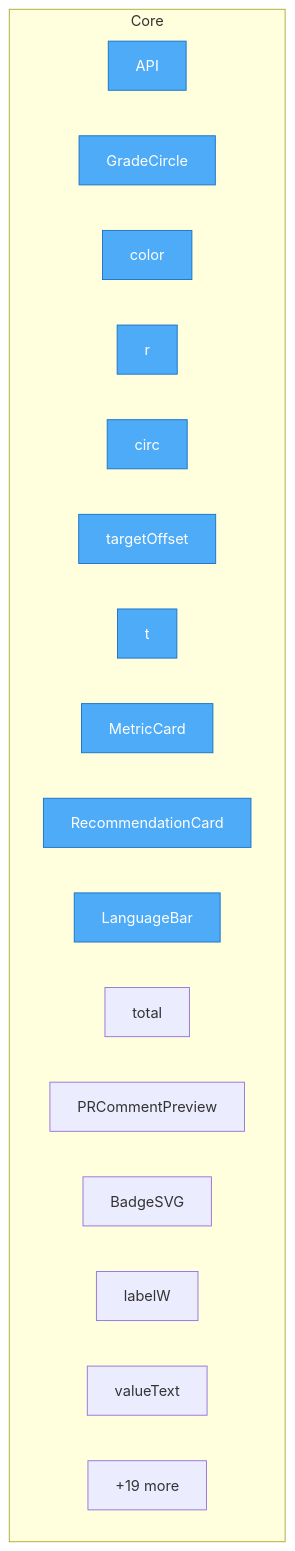
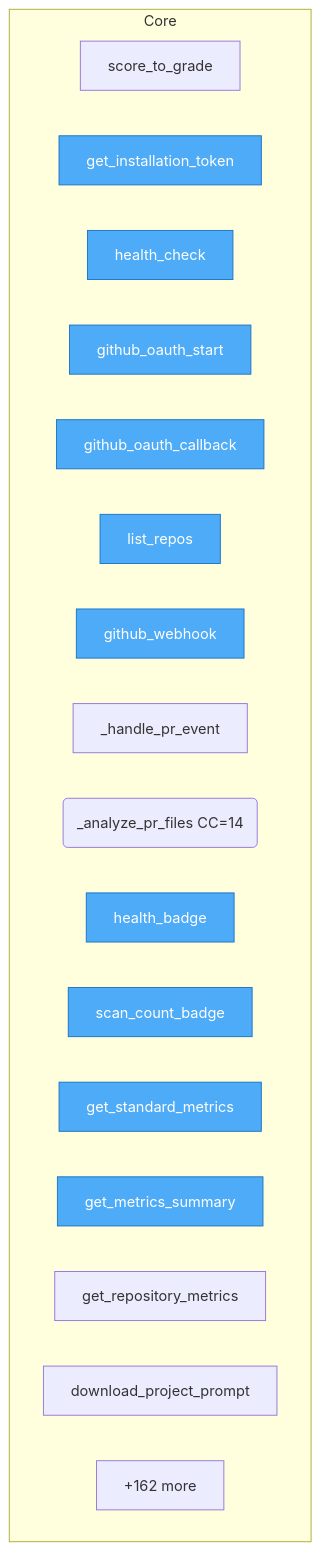
Before and after one commit to semcod/www: the diagram in project/flow.mmd, drawn with Mermaid. The commit also changed 102 other files, not shown here.

```diff
--- a/project/flow.mmd
+++ b/project/flow.mmd
@@ -1,25 +1,25 @@
 flowchart TD
 
     %% Entry points (blue)
     classDef entry fill:#4dabf7,stroke:#1971c2,color:#fff
 
     subgraph Core
-        frontend__src__App__API["API"]
-        frontend__src__App__GradeCircle["GradeCircle"]
-        frontend__src__App__color["color"]
-        frontend__src__App__r["r"]
-        frontend__src__App__circ["circ"]
-        frontend__src__App__targetOffset["targetOffset"]
-        frontend__src__App__t["t"]
-        frontend__src__App__MetricCard["MetricCard"]
-        frontend__src__App__RecommendationCard["RecommendationCard"]
-        frontend__src__App__LanguageBar["LanguageBar"]
-        frontend__src__App__total["total"]
-        frontend__src__App__PRCommentPreview["PRCommentPreview"]
-        frontend__src__App__BadgeSVG["BadgeSVG"]
-        frontend__src__App__labelW["labelW"]
-        frontend__src__App__valueText["valueText"]
-        ...["+19 more"]
+        backend__services__scoring__score_to_grade["score_to_grade"]
+        backend__services__github_client__get_installation_token["get_installation_token"]
+        backend__server__health_check["health_check"]
+        backend__routers__auth__github_oauth_start["github_oauth_start"]
+        backend__routers__auth__github_oauth_callback["github_oauth_callback"]
+        backend__routers__auth__list_repos["list_repos"]
+        backend__routers__webhook__github_webhook["github_webhook"]
+        backend__routers__webhook___handle_pr_event["_handle_pr_event"]
+        backend__routers__webhook___analyze_pr_files("_analyze_pr_files CC=14")
+        backend__routers__badge__health_badge["health_badge"]
+        backend__routers__badge__scan_count_badge["scan_count_badge"]
+        backend__routers__metrics__get_standard_metrics["get_standard_metrics"]
+        backend__routers__metrics__get_metrics_summary["get_metrics_summary"]
+        backend__routers__metrics__get_repository_metrics["get_repository_metrics"]
+        backend__routers__metrics__download_project_prompt["download_project_prompt"]
+        ...["+162 more"]
     end
 
-    class frontend__src__App__API,frontend__src__App__GradeCircle,frontend__src__App__color,frontend__src__App__r,frontend__src__App__circ,frontend__src__App__targetOffset,frontend__src__App__t,frontend__src__App__MetricCard,frontend__src__App__RecommendationCard,frontend__src__App__LanguageBar entry
+    class backend__services__github_client__get_installation_token,backend__server__health_check,backend__routers__auth__github_oauth_start,backend__routers__auth__github_oauth_callback,backend__routers__auth__list_repos,backend__routers__webhook__github_webhook,backend__routers__badge__health_badge,backend__routers__badge__scan_count_badge,backend__routers__metrics__get_standard_metrics,backend__routers__metrics__get_metrics_summary entry
```
